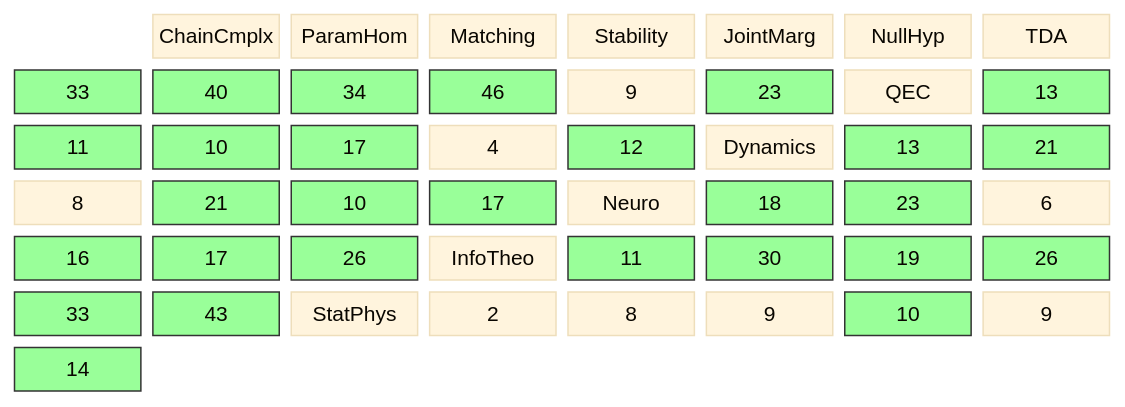
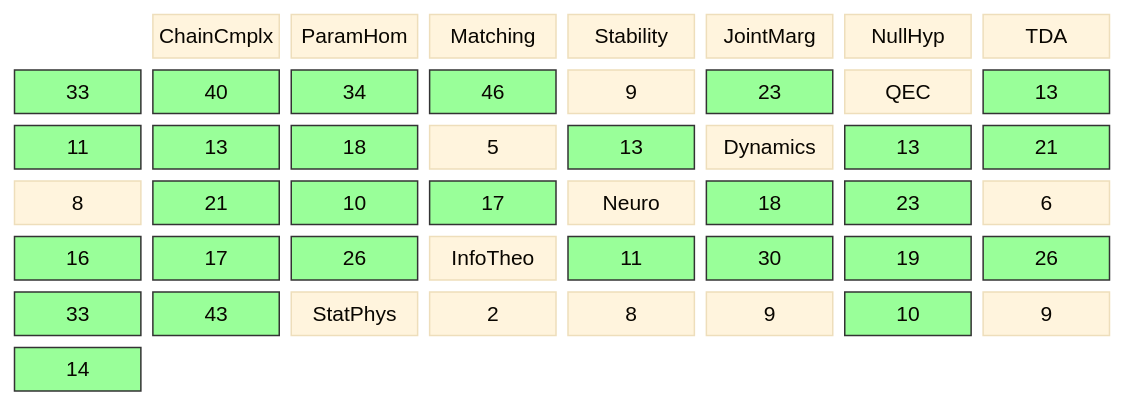
Before and after one commit to musicofhel/topoyolo: the diagram in diagrams/coverage-matrix.md, drawn with Mermaid. The commit also changed other lines of this file and 9 other files, not shown here.

````diff
--- a/diagrams/coverage-matrix.md
+++ b/diagrams/coverage-matrix.md
@@ -22,42 +22,42 @@
 ```mermaid
 %%{init: {'theme': 'base', 'themeVariables': {'fontSize': '14px'}}}%%
 block-beta
   columns 8
 
   space:1 CC["ChainCmplx"] PH["ParamHom"] MA["Matching"] ST["Stability"] JM["JointMarg"] NH["NullHyp"]
 
   TDA["TDA"] TDA_CC["33"] TDA_PH["40"] TDA_MA["34"] TDA_ST["46"] TDA_JM["9"] TDA_NH["23"]
-  QEC["QEC"] QEC_CC["13"] QEC_PH["11"] QEC_MA["10"] QEC_ST["17"] QEC_JM["4"] QEC_NH["12"]
+  QEC["QEC"] QEC_CC["13"] QEC_PH["11"] QEC_MA["13"] QEC_ST["18"] QEC_JM["5"] QEC_NH["13"]
   DYN["Dynamics"] DYN_CC["13"] DYN_PH["21"] DYN_MA["8"] DYN_ST["21"] DYN_JM["10"] DYN_NH["17"]
   NEU["Neuro"] NEU_CC["18"] NEU_PH["23"] NEU_MA["6"] NEU_ST["16"] NEU_JM["17"] NEU_NH["26"]
   IT["InfoTheo"] IT_CC["11"] IT_PH["30"] IT_MA["19"] IT_ST["26"] IT_JM["33"] IT_NH["43"]
   SP["StatPhys"] SP_CC["2"] SP_PH["8"] SP_MA["9"] SP_ST["10"] SP_JM["9"] SP_NH["14"]
   style TDA_CC fill:#9f9,stroke:#333
   style TDA_PH fill:#9f9,stroke:#333
   style TDA_MA fill:#9f9,stroke:#333
   style TDA_ST fill:#9f9,stroke:#333
   style TDA_NH fill:#9f9,stroke:#333
   style QEC_CC fill:#9f9,stroke:#333
   style QEC_PH fill:#9f9,stroke:#333
   style QEC_MA fill:#9f9,stroke:#333
   style QEC_ST fill:#9f9,stroke:#333
   style QEC_NH fill:#9f9,stroke:#333
   style DYN_CC fill:#9f9,stroke:#333
   style DYN_PH fill:#9f9,stroke:#333
   style DYN_ST fill:#9f9,stroke:#333
   style DYN_JM fill:#9f9,stroke:#333
   style DYN_NH fill:#9f9,stroke:#333
   style NEU_CC fill:#9f9,stroke:#333
   style NEU_PH fill:#9f9,stroke:#333
   style NEU_ST fill:#9f9,stroke:#333
   style NEU_JM fill:#9f9,stroke:#333
   style NEU_NH fill:#9f9,stroke:#333
   style IT_CC fill:#9f9,stroke:#333
   style IT_PH fill:#9f9,stroke:#333
   style IT_MA fill:#9f9,stroke:#333
   style IT_ST fill:#9f9,stroke:#333
   style IT_JM fill:#9f9,stroke:#333
   style IT_NH fill:#9f9,stroke:#333
   style SP_ST fill:#9f9,stroke:#333
   style SP_NH fill:#9f9,stroke:#333
 ```
````
